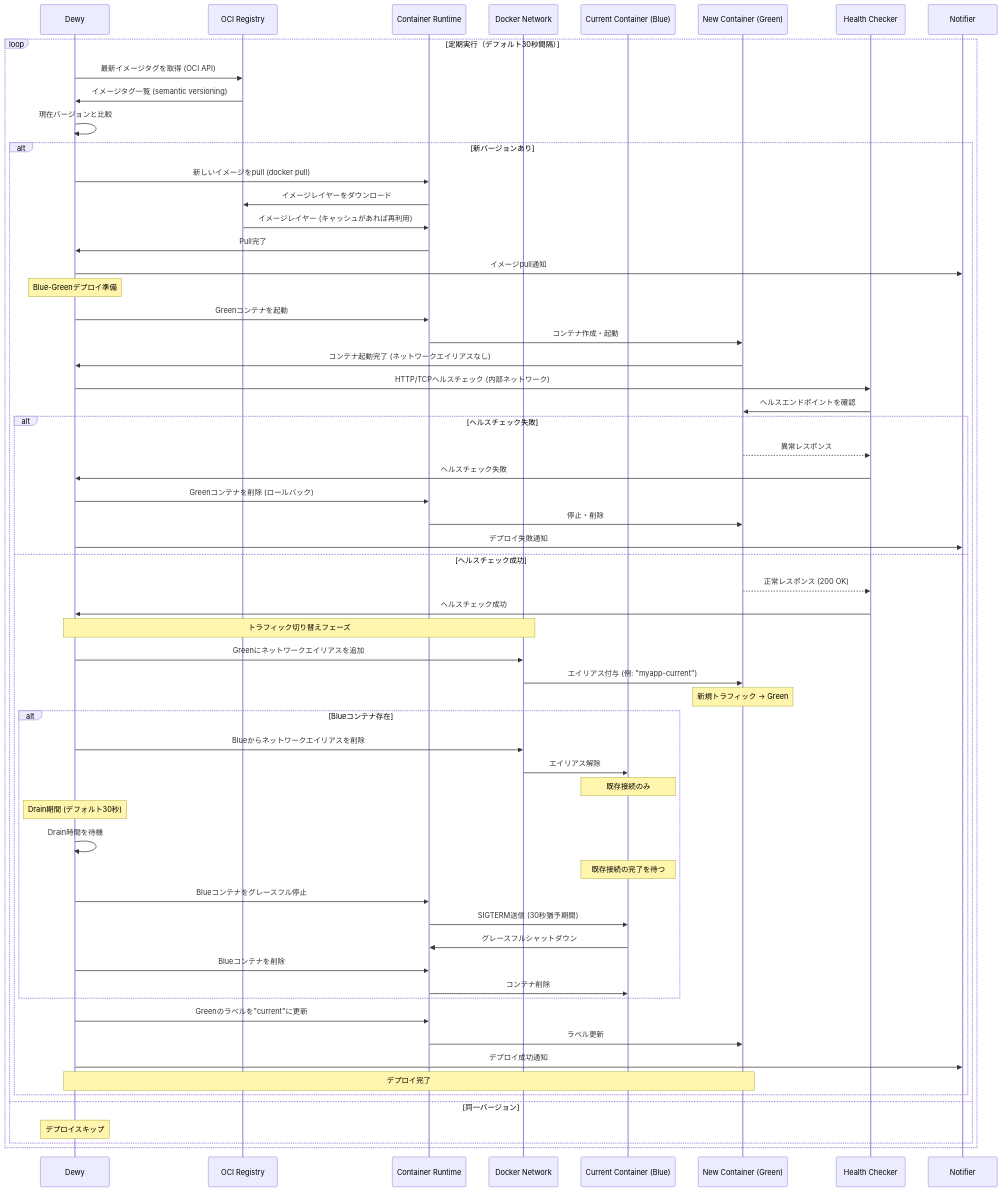
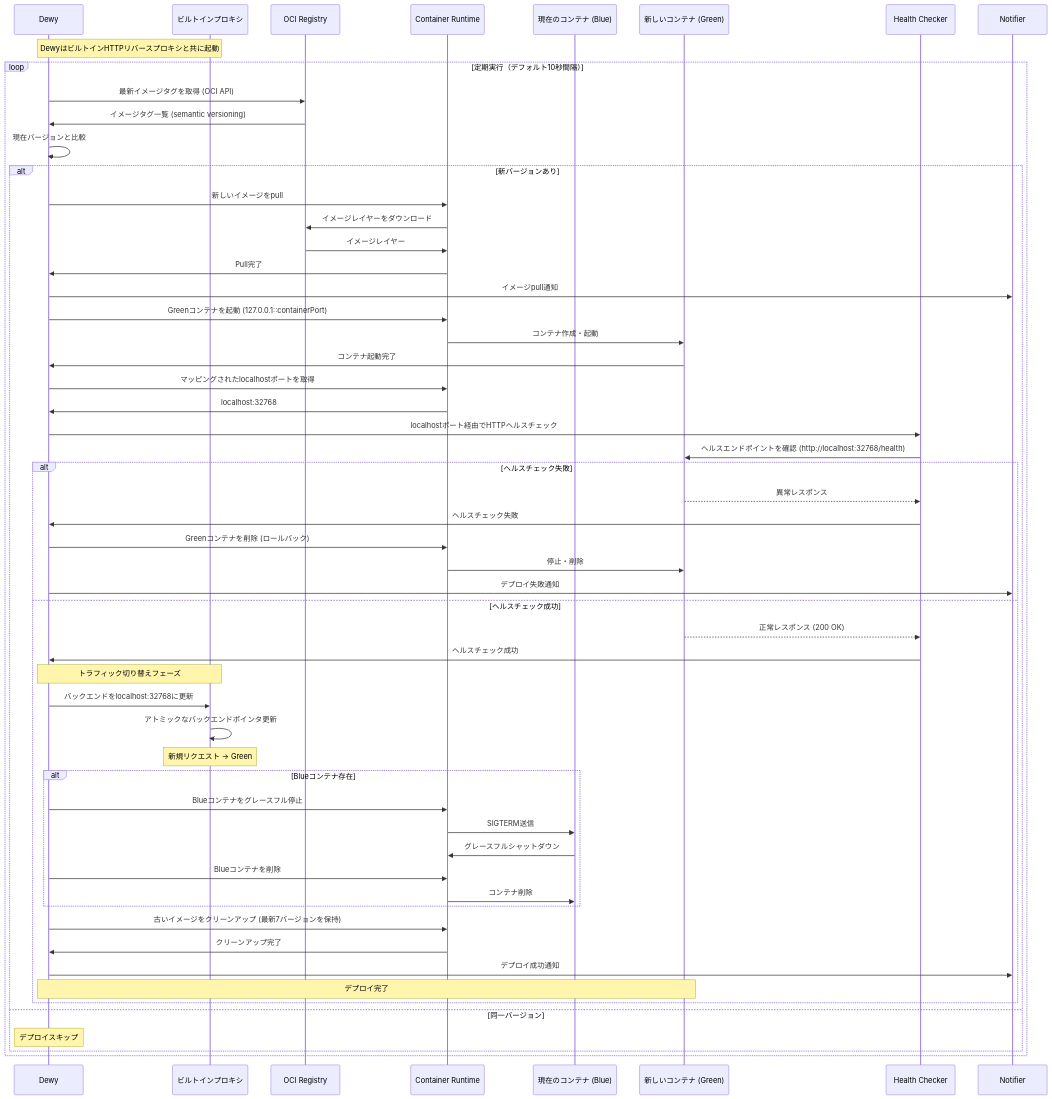
The second of 2 diagrams in docs/pages/ja/deployment-workflow.md (linyows/dewy), drawn with Mermaid before and after one commit. The commit also changed other lines of this file and 1 other file, not shown here.

First line of the commit message:
Update deployment workflow docs to reflect built-in proxy architecture

````diff
--- a/docs/pages/ja/deployment-workflow.md
+++ b/docs/pages/ja/deployment-workflow.md
@@ -267,73 +267,68 @@
 ```mermaid
 sequenceDiagram
     participant D as Dewy
+    participant P as ビルトインプロキシ
     participant R as OCI Registry
     participant RT as Container Runtime
-    participant N as Docker Network
-    participant C as Current Container (Blue)
-    participant G as New Container (Green)
+    participant C as 現在のコンテナ (Blue)
+    participant G as 新しいコンテナ (Green)
     participant HC as Health Checker
     participant NO as Notifier
 
-    loop 定期実行（デフォルト30秒間隔）
+    Note over D,P: DewyはビルトインHTTPリバースプロキシと共に起動
+
+    loop 定期実行（デフォルト10秒間隔）
         D->>R: 最新イメージタグを取得 (OCI API)
         R->>D: イメージタグ一覧 (semantic versioning)
         D->>D: 現在バージョンと比較
 
         alt 新バージョンあり
-            D->>RT: 新しいイメージをpull (docker pull)
+            D->>RT: 新しいイメージをpull
             RT->>R: イメージレイヤーをダウンロード
-            R->>RT: イメージレイヤー (キャッシュがあれば再利用)
+            R->>RT: イメージレイヤー
             RT->>D: Pull完了
             D->>NO: イメージpull通知
 
-            Note over D: Blue-Greenデプロイ準備
+            D->>RT: Greenコンテナを起動 (127.0.0.1::containerPort)
+            RT->>G: コンテナ作成・起動
+            G->>D: コンテナ起動完了
 
-            D->>RT: Greenコンテナを起動
-            RT->>G: コンテナ作成・起動
-            G->>D: コンテナ起動完了 (ネットワークエイリアスなし)
+            D->>RT: マッピングされたlocalhostポートを取得
+            RT->>D: localhost:32768
 
-            D->>HC: HTTP/TCPヘルスチェック (内部ネットワーク)
-            HC->>G: ヘルスエンドポイントを確認
+            D->>HC: localhostポート経由でHTTPヘルスチェック
+            HC->>G: ヘルスエンドポイントを確認 (http://localhost:32768/health)
 
             alt ヘルスチェック失敗
                 G-->>HC: 異常レスポンス
                 HC->>D: ヘルスチェック失敗
                 D->>RT: Greenコンテナを削除 (ロールバック)
                 RT->>G: 停止・削除
                 D->>NO: デプロイ失敗通知
             else ヘルスチェック成功
                 G-->>HC: 正常レスポンス (200 OK)
                 HC->>D: ヘルスチェック成功
 
-                Note over D,N: トラフィック切り替えフェーズ
-                D->>N: Greenにネットワークエイリアスを追加
-                N->>G: エイリアス付与 (例: "myapp-current")
-                Note over G: 新規トラフィック → Green
+                Note over D,P: トラフィック切り替えフェーズ
+                D->>P: バックエンドをlocalhost:32768に更新
+                P->>P: アトミックなバックエンドポインタ更新
+                Note over P: 新規リクエスト → Green
 
                 alt Blueコンテナ存在
-                    D->>N: Blueからネットワークエイリアスを削除
-                    N->>C: エイリアス解除
-                    Note over C: 既存接続のみ
-
-                    Note over D: Drain期間 (デフォルト30秒)
-                    D->>D: Drain時間を待機
-                    Note over C: 既存接続の完了を待つ
-
                     D->>RT: Blueコンテナをグレースフル停止
-                    RT->>C: SIGTERM送信 (30秒猶予期間)
+                    RT->>C: SIGTERM送信
                     C->>RT: グレースフルシャットダウン
                     D->>RT: Blueコンテナを削除
                     RT->>C: コンテナ削除
                 end
 
-                D->>RT: Greenのラベルを"current"に更新
-                RT->>G: ラベル更新
+                D->>RT: 古いイメージをクリーンアップ (最新7バージョンを保持)
+                RT->>D: クリーンアップ完了
                 D->>NO: デプロイ成功通知
                 Note over D,G: デプロイ完了
             end
         else 同一バージョン
             note over D: デプロイスキップ
         end
     end
 ```
````
